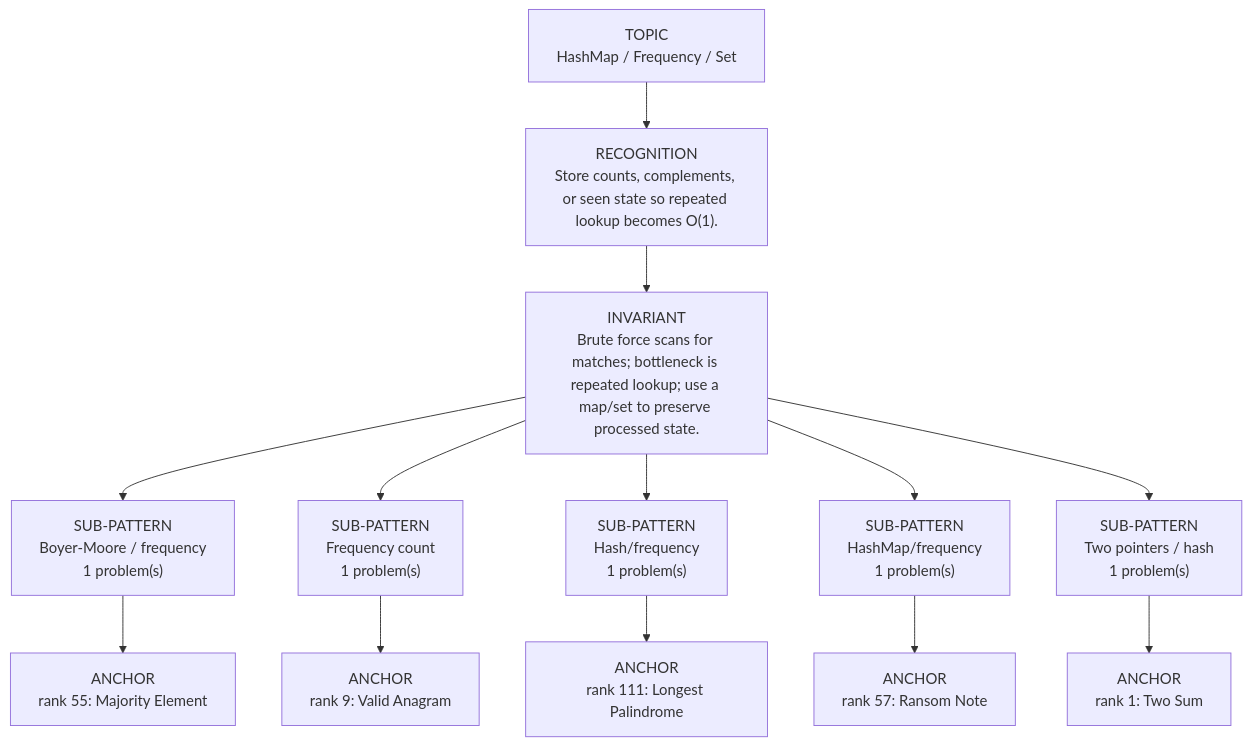
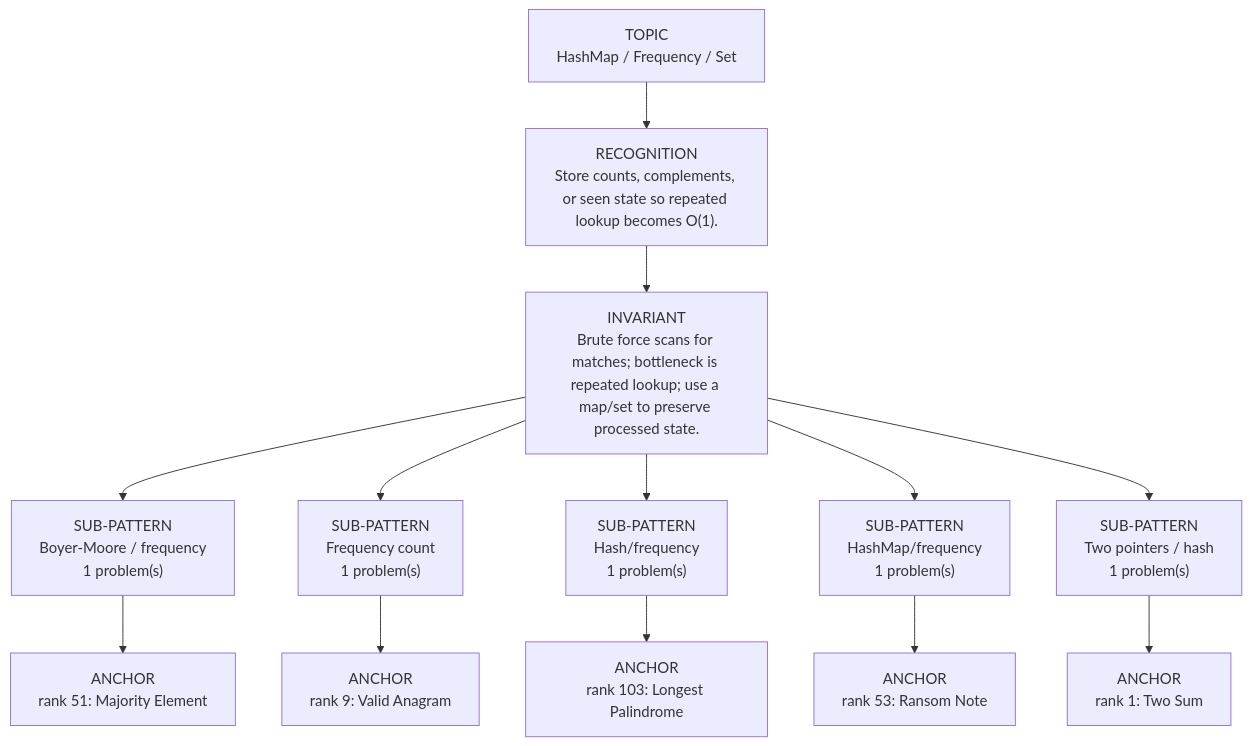
The diagram in dsa-review/interview/patterns/01_hashmap_hashset.md (thechiranjeevjain/DSA10days), drawn with Mermaid before and after one commit. The commit also changed other lines of this file and 61 other files, not shown here.

````diff
--- a/dsa-review/interview/patterns/01_hashmap_hashset.md
+++ b/dsa-review/interview/patterns/01_hashmap_hashset.md
@@ -15,17 +15,17 @@
 ```mermaid
 flowchart TD
   Topic["TOPIC<br/>HashMap / Frequency / Set"]
   Recognition["RECOGNITION<br/>Store counts, complements, or seen state so repeated lookup becomes O(1)."]
   Invariant["INVARIANT<br/>Brute force scans for matches; bottleneck is repeated lookup; use a map/set to preserve processed state."]
   Topic --> Recognition --> Invariant
   Invariant --> Sub01["SUB-PATTERN<br/>Boyer-Moore / frequency<br/>1 problem(s)"]
-  Sub01 --> Sub01A01["ANCHOR<br/>rank 55: Majority Element"]
+  Sub01 --> Sub01A01["ANCHOR<br/>rank 51: Majority Element"]
   Invariant --> Sub02["SUB-PATTERN<br/>Frequency count<br/>1 problem(s)"]
   Sub02 --> Sub02A01["ANCHOR<br/>rank 9: Valid Anagram"]
   Invariant --> Sub03["SUB-PATTERN<br/>Hash/frequency<br/>1 problem(s)"]
-  Sub03 --> Sub03A01["ANCHOR<br/>rank 111: Longest Palindrome"]
+  Sub03 --> Sub03A01["ANCHOR<br/>rank 103: Longest Palindrome"]
   Invariant --> Sub04["SUB-PATTERN<br/>HashMap/frequency<br/>1 problem(s)"]
-  Sub04 --> Sub04A01["ANCHOR<br/>rank 57: Ransom Note"]
+  Sub04 --> Sub04A01["ANCHOR<br/>rank 53: Ransom Note"]
   Invariant --> Sub05["SUB-PATTERN<br/>Two pointers / hash<br/>1 problem(s)"]
   Sub05 --> Sub05A01["ANCHOR<br/>rank 1: Two Sum"]
 ```
````
